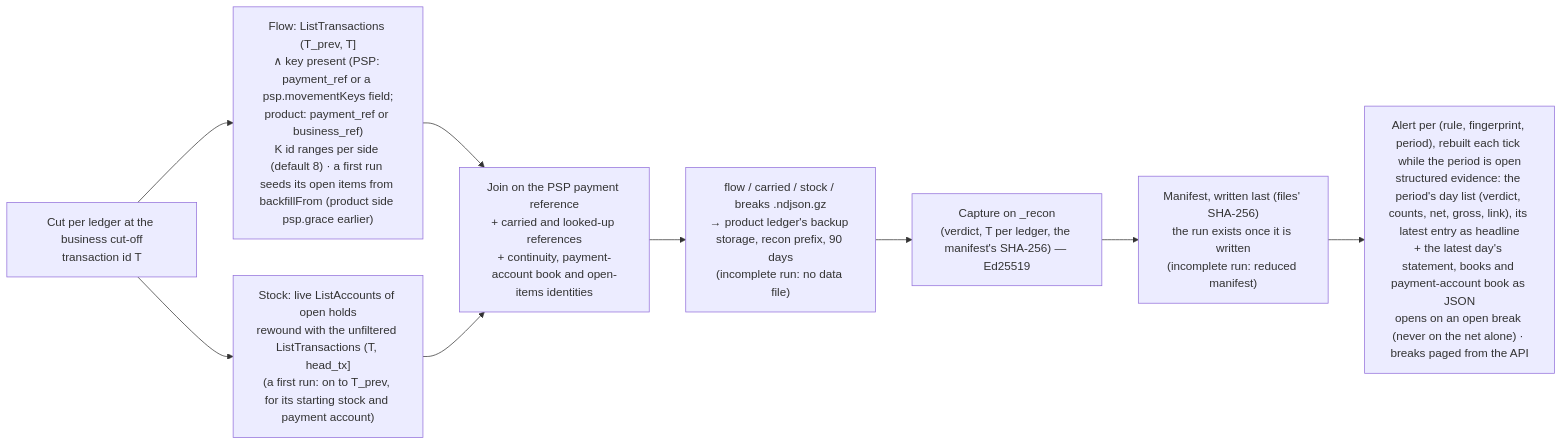
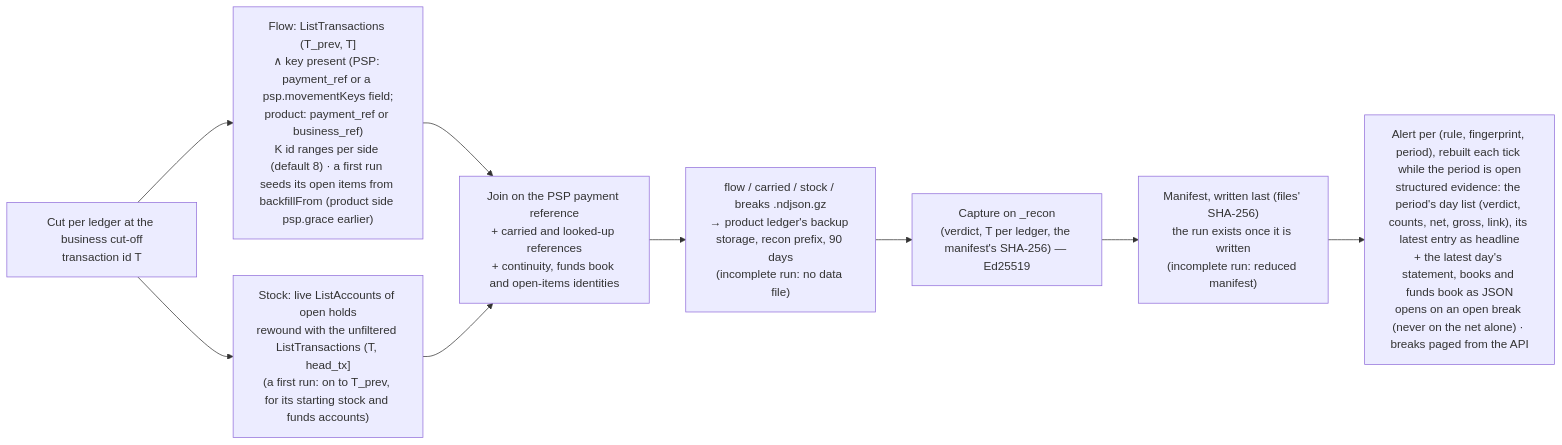
One commit to formancehq/reconciliation changed the ninth of 9 diagrams in docs/technical/workflows.md. Above: the diagram before and after it, drawn with Mermaid. The commit also changed 6 other files, not shown here.

````diff
--- a/docs/technical/workflows.md
+++ b/docs/technical/workflows.md
@@ -326,11 +326,11 @@
 ```mermaid
 flowchart LR
     Cut["Cut per ledger at the business cut-off<br/>transaction id T"] --> Flow["Flow: ListTransactions (T_prev, T]<br/>∧ key present (PSP: payment_ref or a psp.movementKeys field;<br/>product: payment_ref or business_ref)<br/>K id ranges per side (default 8) · a first run seeds its open items from backfillFrom (product side psp.grace earlier)"]
-    Cut --> Stock["Stock: live ListAccounts of open holds<br/>rewound with the unfiltered ListTransactions (T, head_tx]<br/>(a first run: on to T_prev, for its starting stock and payment account)"]
-    Flow --> Join["Join on the PSP payment reference<br/>+ carried and looked-up references<br/>+ continuity, payment-account book and open-items identities"]
+    Cut --> Stock["Stock: live ListAccounts of open holds<br/>rewound with the unfiltered ListTransactions (T, head_tx]<br/>(a first run: on to T_prev, for its starting stock and funds accounts)"]
+    Flow --> Join["Join on the PSP payment reference<br/>+ carried and looked-up references<br/>+ continuity, funds book and open-items identities"]
     Stock --> Join
     Join --> Art["flow / carried / stock / breaks .ndjson.gz<br/>→ product ledger's backup storage, recon prefix, 90 days<br/>(incomplete run: no data file)"]
     Art --> Cap["Capture on _recon<br/>(verdict, T per ledger, the manifest's SHA-256) — Ed25519"]
     Cap --> Man["Manifest, written last (files' SHA-256)<br/>the run exists once it is written<br/>(incomplete run: reduced manifest)"]
-    Man --> Alert["Alert per (rule, fingerprint, period), rebuilt each tick while the period is open<br/>structured evidence: the period's day list (verdict, counts, net, gross, link), its latest entry as headline<br/>+ the latest day's statement, books and payment-account book as JSON<br/>opens on an open break (never on the net alone) · breaks paged from the API"]
+    Man --> Alert["Alert per (rule, fingerprint, period), rebuilt each tick while the period is open<br/>structured evidence: the period's day list (verdict, counts, net, gross, link), its latest entry as headline<br/>+ the latest day's statement, books and funds book as JSON<br/>opens on an open break (never on the net alone) · breaks paged from the API"]
 ```
````
